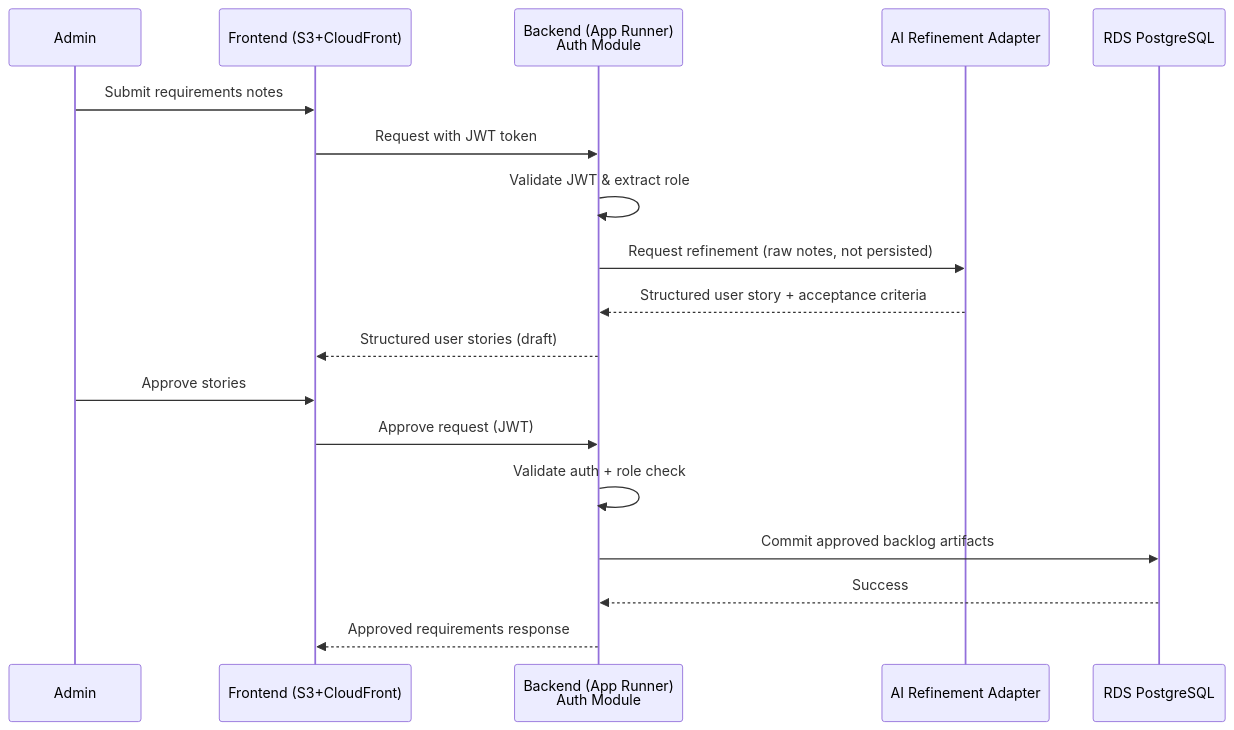
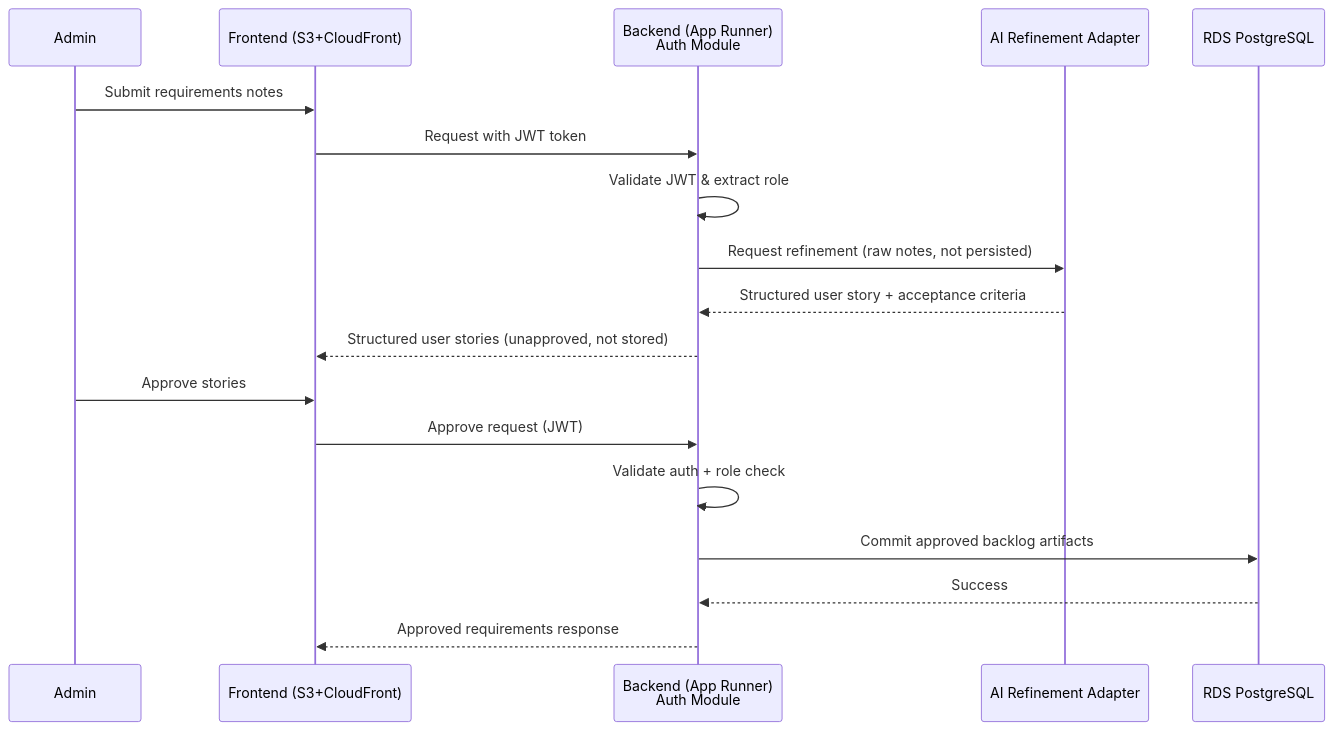
One commit to alonsovndev/open-projects-hub-docs changed the second of 2 diagrams in docs/03-architecture/core/architecture-solution-design.md. Above: the diagram before and after it, drawn with Mermaid. The commit also changed 8 other files, not shown here.

````diff
--- a/docs/03-architecture/core/architecture-solution-design.md
+++ b/docs/03-architecture/core/architecture-solution-design.md
@@ -85,21 +85,21 @@
 ```mermaid
 sequenceDiagram
     participant User as Admin
     participant FE as Frontend (S3+CloudFront)
     participant BE as Backend (App Runner)<br/>Auth Module
     participant AI as AI Refinement Adapter
     participant DB as RDS PostgreSQL
 
     User->>FE: Submit requirements notes
     FE->>BE: Request with JWT token
     BE->>BE: Validate JWT & extract role
     BE->>AI: Request refinement (raw notes, not persisted)
     AI-->>BE: Structured user story + acceptance criteria
-    BE-->>FE: Structured user stories (draft)
+    BE-->>FE: Structured user stories (unapproved, not stored)
     User->>FE: Approve stories
     FE->>BE: Approve request (JWT)
     BE->>BE: Validate auth + role check
     BE->>DB: Commit approved backlog artifacts
     DB-->>BE: Success
     BE-->>FE: Approved requirements response
 ```
````
